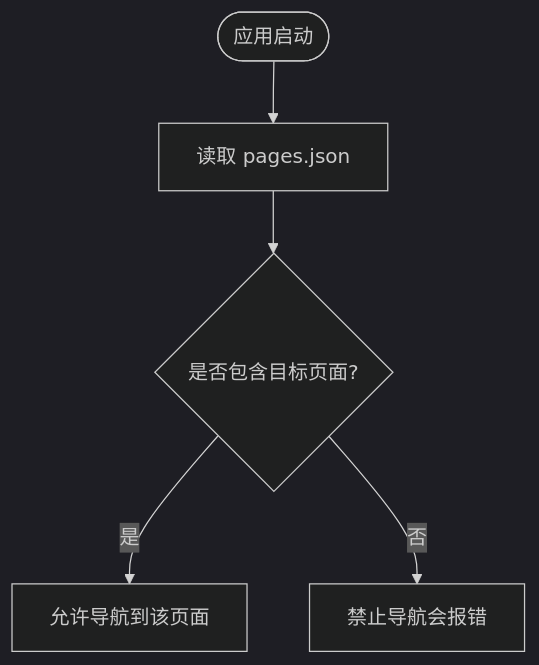
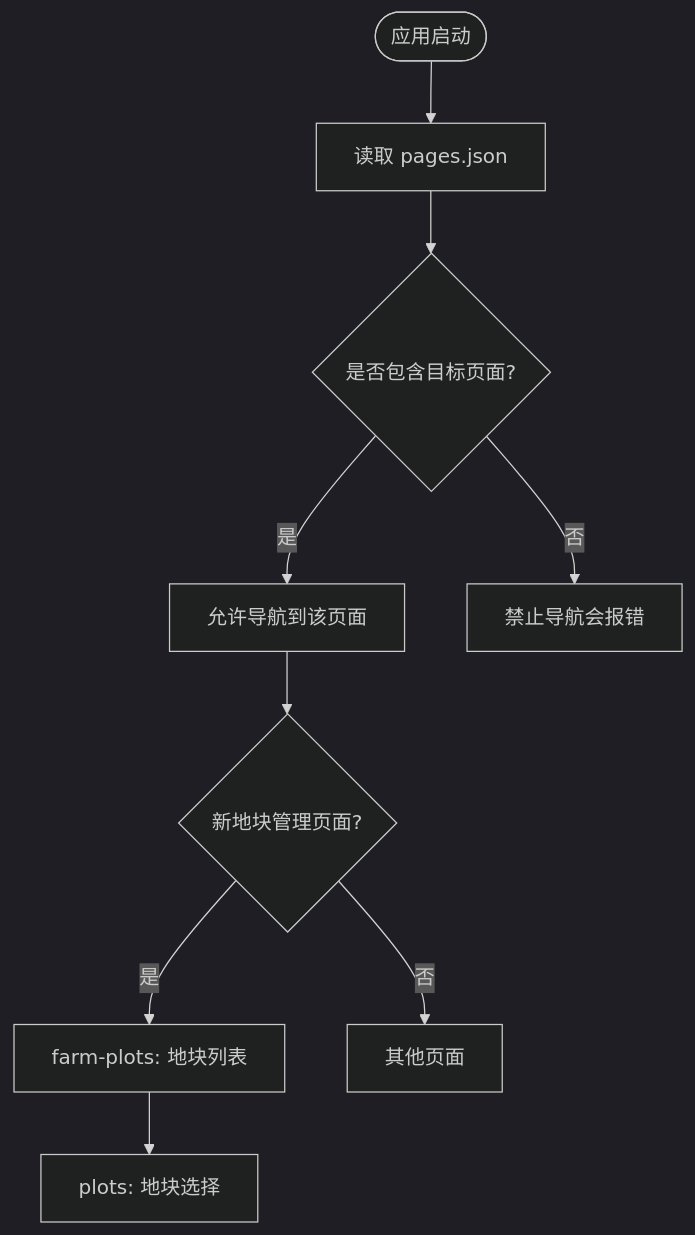
One commit to wungjyan/pocket-farm changed the third of 7 diagrams in .qoder/repowiki/zh/content/系统架构/前端架构/路由导航.md. Above: the diagram before and after it, drawn with Mermaid (dark theme). The commit also changed other lines of this file and 198 other files, not shown here.

````diff
--- a/.qoder/repowiki/zh/content/系统架构/前端架构/路由导航.md
+++ b/.qoder/repowiki/zh/content/系统架构/前端架构/路由导航.md
@@ -105,7 +133,11 @@
 ```mermaid
 flowchart TD
 Start(["应用启动"]) --> Read["读取 pages.json"]
 Read --> Pages{"是否包含目标页面?"}
 Pages -- 是 --> Route["允许导航到该页面"]
 Pages -- 否 --> Deny["禁止导航会报错"]
+Route --> NewPages{"新地块管理页面?"}
+NewPages -- 是 --> FarmPlots["farm-plots: 地块列表"]
+NewPages -- 否 --> Other["其他页面"]
+FarmPlots --> Plots["plots: 地块选择"]
 ```
````
